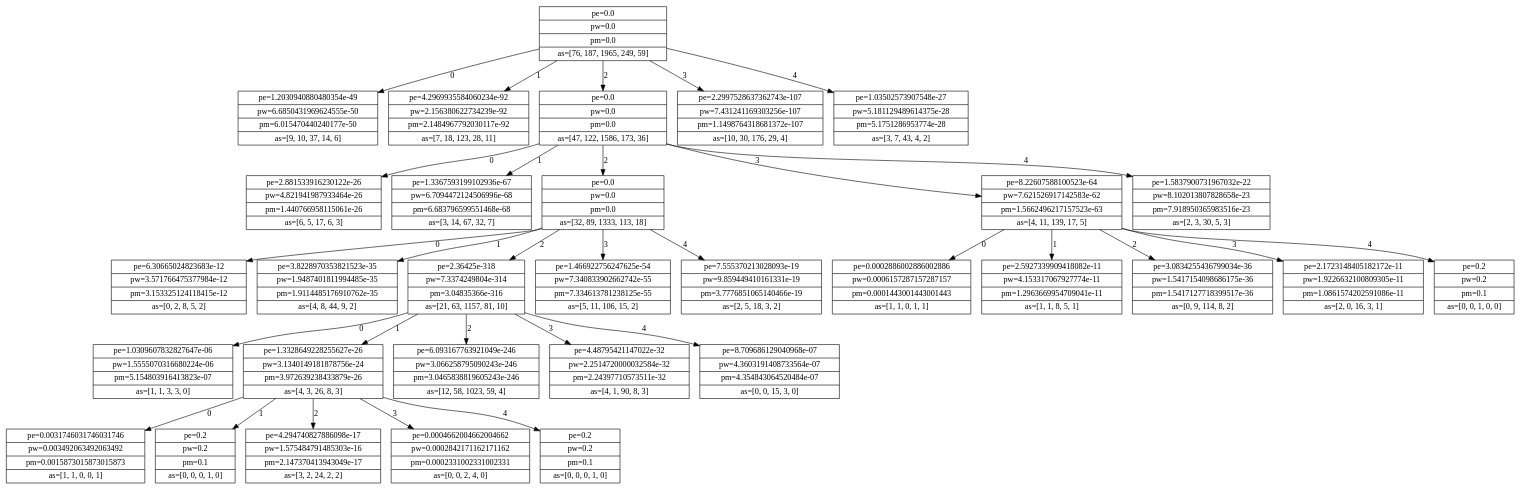
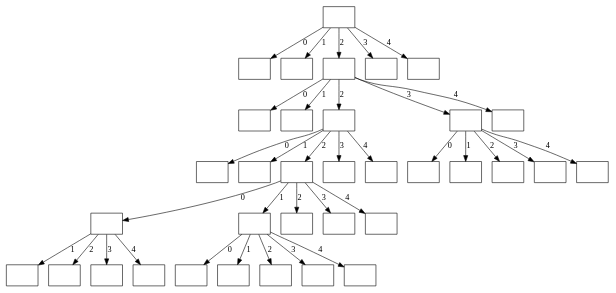
The diagram in new_version/output/prune_tree.dot (paulcacheux/ctw), drawn with Graphviz before and after one commit. The commit also changed 3 other files, not shown here.

```diff
--- a/new_version/output/prune_tree.dot
+++ b/new_version/output/prune_tree.dot
@@ -1,64 +1,72 @@
 digraph nodes {
 	node [shape=record];
-	name0 [label="{pe=0.0 | pw=0.0 | pm=0.0 | as=[76, 187, 1965, 249, 59]}"];
-	name1 [label="{pe=1.2030940880480354e-49 | pw=6.6850431969624555e-50 | pm=6.015470440240177e-50 | as=[9, 10, 37, 14, 6]}"];
+	name0 [label=""];
+	name1 [label=""];
 	name0 -> name1 [label=0];
-	name2 [label="{pe=4.2969935584060234e-92 | pw=2.156380622734239e-92 | pm=2.1484967792030117e-92 | as=[7, 18, 123, 28, 11]}"];
+	name2 [label=""];
 	name0 -> name2 [label=1];
-	name3 [label="{pe=0.0 | pw=0.0 | pm=0.0 | as=[47, 122, 1586, 173, 36]}"];
-	name4 [label="{pe=2.881533916230122e-26 | pw=4.821941987933464e-26 | pm=1.440766958115061e-26 | as=[6, 5, 17, 6, 3]}"];
+	name3 [label=""];
+	name4 [label=""];
 	name3 -> name4 [label=0];
-	name5 [label="{pe=1.3367593199102936e-67 | pw=6.7094472124506996e-68 | pm=6.683796599551468e-68 | as=[3, 14, 67, 32, 7]}"];
+	name5 [label=""];
 	name3 -> name5 [label=1];
-	name6 [label="{pe=0.0 | pw=0.0 | pm=0.0 | as=[32, 89, 1333, 113, 18]}"];
-	name7 [label="{pe=6.30665024823683e-12 | pw=3.571766475377984e-12 | pm=3.153325124118415e-12 | as=[0, 2, 8, 5, 2]}"];
+	name6 [label=""];
+	name7 [label=""];
 	name6 -> name7 [label=0];
-	name8 [label="{pe=3.8228970353821523e-35 | pw=1.9487401811994485e-35 | pm=1.9114485176910762e-35 | as=[4, 8, 44, 9, 2]}"];
+	name8 [label=""];
 	name6 -> name8 [label=1];
-	name9 [label="{pe=2.36425e-318 | pw=7.3374249804e-314 | pm=3.04835366e-316 | as=[21, 63, 1157, 81, 10]}"];
-	name10 [label="{pe=1.0309607832827647e-06 | pw=1.5555070316680224e-06 | pm=5.154803916413823e-07 | as=[1, 1, 3, 3, 0]}"];
+	name9 [label=""];
+	name10 [label=""];
+	name11 [label=""];
+	name10 -> name11 [label=1];
+	name12 [label=""];
+	name10 -> name12 [label=2];
+	name13 [label=""];
+	name10 -> name13 [label=3];
+	name14 [label=""];
+	name10 -> name14 [label=4];
 	name9 -> name10 [label=0];
-	name11 [label="{pe=1.3328649228255627e-26 | pw=3.1340149181878756e-24 | pm=3.972639238433879e-26 | as=[4, 3, 26, 8, 3]}"];
-	name12 [label="{pe=0.0031746031746031746 | pw=0.003492063492063492 | pm=0.0015873015873015873 | as=[1, 1, 0, 0, 1]}"];
-	name11 -> name12 [label=0];
-	name13 [label="{pe=0.2 | pw=0.2 | pm=0.1 | as=[0, 0, 0, 1, 0]}"];
-	name11 -> name13 [label=1];
-	name14 [label="{pe=4.294740827886098e-17 | pw=1.575484791485303e-16 | pm=2.147370413943049e-17 | as=[3, 2, 24, 2, 2]}"];
-	name11 -> name14 [label=2];
-	name15 [label="{pe=0.0004662004662004662 | pw=0.0002842171162171162 | pm=0.0002331002331002331 | as=[0, 0, 2, 4, 0]}"];
-	name11 -> name15 [label=3];
-	name16 [label="{pe=0.2 | pw=0.2 | pm=0.1 | as=[0, 0, 0, 1, 0]}"];
-	name11 -> name16 [label=4];
-	name9 -> name11 [label=1];
-	name17 [label="{pe=6.093167763921049e-246 | pw=3.066258795090243e-246 | pm=3.0465838819605243e-246 | as=[12, 58, 1023, 59, 4]}"];
-	name9 -> name17 [label=2];
-	name18 [label="{pe=4.48795421147022e-32 | pw=2.2514720000032584e-32 | pm=2.24397710573511e-32 | as=[4, 1, 90, 8, 3]}"];
-	name9 -> name18 [label=3];
-	name19 [label="{pe=8.709686129040968e-07 | pw=4.3603191408733564e-07 | pm=4.354843064520484e-07 | as=[0, 0, 15, 3, 0]}"];
-	name9 -> name19 [label=4];
+	name15 [label=""];
+	name16 [label=""];
+	name15 -> name16 [label=0];
+	name17 [label=""];
+	name15 -> name17 [label=1];
+	name18 [label=""];
+	name15 -> name18 [label=2];
+	name19 [label=""];
+	name15 -> name19 [label=3];
+	name20 [label=""];
+	name15 -> name20 [label=4];
+	name9 -> name15 [label=1];
+	name21 [label=""];
+	name9 -> name21 [label=2];
+	name22 [label=""];
+	name9 -> name22 [label=3];
+	name23 [label=""];
+	name9 -> name23 [label=4];
 	name6 -> name9 [label=2];
-	name20 [label="{pe=1.466922756247625e-54 | pw=7.340833902662742e-55 | pm=7.334613781238125e-55 | as=[5, 11, 106, 15, 2]}"];
-	name6 -> name20 [label=3];
-	name21 [label="{pe=7.555370213028093e-19 | pw=9.859449410161331e-19 | pm=3.7776851065140466e-19 | as=[2, 5, 18, 3, 2]}"];
-	name6 -> name21 [label=4];
+	name24 [label=""];
+	name6 -> name24 [label=3];
+	name25 [label=""];
+	name6 -> name25 [label=4];
 	name3 -> name6 [label=2];
-	name22 [label="{pe=8.22607588100523e-64 | pw=7.621526917142583e-62 | pm=1.5662496217157523e-63 | as=[4, 11, 139, 17, 5]}"];
-	name23 [label="{pe=0.0002886002886002886 | pw=0.0006157287157287157 | pm=0.0001443001443001443 | as=[1, 1, 0, 1, 1]}"];
-	name22 -> name23 [label=0];
-	name24 [label="{pe=2.5927339909418082e-11 | pw=4.153317067927774e-11 | pm=1.2963669954709041e-11 | as=[1, 1, 8, 5, 1]}"];
-	name22 -> name24 [label=1];
-	name25 [label="{pe=3.0834255436799034e-36 | pw=1.5417154098686175e-36 | pm=1.5417127718399517e-36 | as=[0, 9, 114, 8, 2]}"];
-	name22 -> name25 [label=2];
-	name26 [label="{pe=2.1723148405182172e-11 | pw=1.9226632100809305e-11 | pm=1.0861574202591086e-11 | as=[2, 0, 16, 3, 1]}"];
-	name22 -> name26 [label=3];
-	name27 [label="{pe=0.2 | pw=0.2 | pm=0.1 | as=[0, 0, 1, 0, 0]}"];
-	name22 -> name27 [label=4];
-	name3 -> name22 [label=3];
-	name28 [label="{pe=1.5837900731967032e-22 | pw=8.102013807828658e-23 | pm=7.918950365983516e-23 | as=[2, 3, 30, 5, 3]}"];
-	name3 -> name28 [label=4];
+	name26 [label=""];
+	name27 [label=""];
+	name26 -> name27 [label=0];
+	name28 [label=""];
+	name26 -> name28 [label=1];
+	name29 [label=""];
+	name26 -> name29 [label=2];
+	name30 [label=""];
+	name26 -> name30 [label=3];
+	name31 [label=""];
+	name26 -> name31 [label=4];
+	name3 -> name26 [label=3];
+	name32 [label=""];
+	name3 -> name32 [label=4];
 	name0 -> name3 [label=2];
-	name29 [label="{pe=2.2997528637362743e-107 | pw=7.431241169303256e-107 | pm=1.1498764318681372e-107 | as=[10, 30, 176, 29, 4]}"];
-	name0 -> name29 [label=3];
-	name30 [label="{pe=1.03502573907548e-27 | pw=5.181129489614375e-28 | pm=5.1751286953774e-28 | as=[3, 7, 43, 4, 2]}"];
-	name0 -> name30 [label=4];
+	name33 [label=""];
+	name0 -> name33 [label=3];
+	name34 [label=""];
+	name0 -> name34 [label=4];
 }
```
